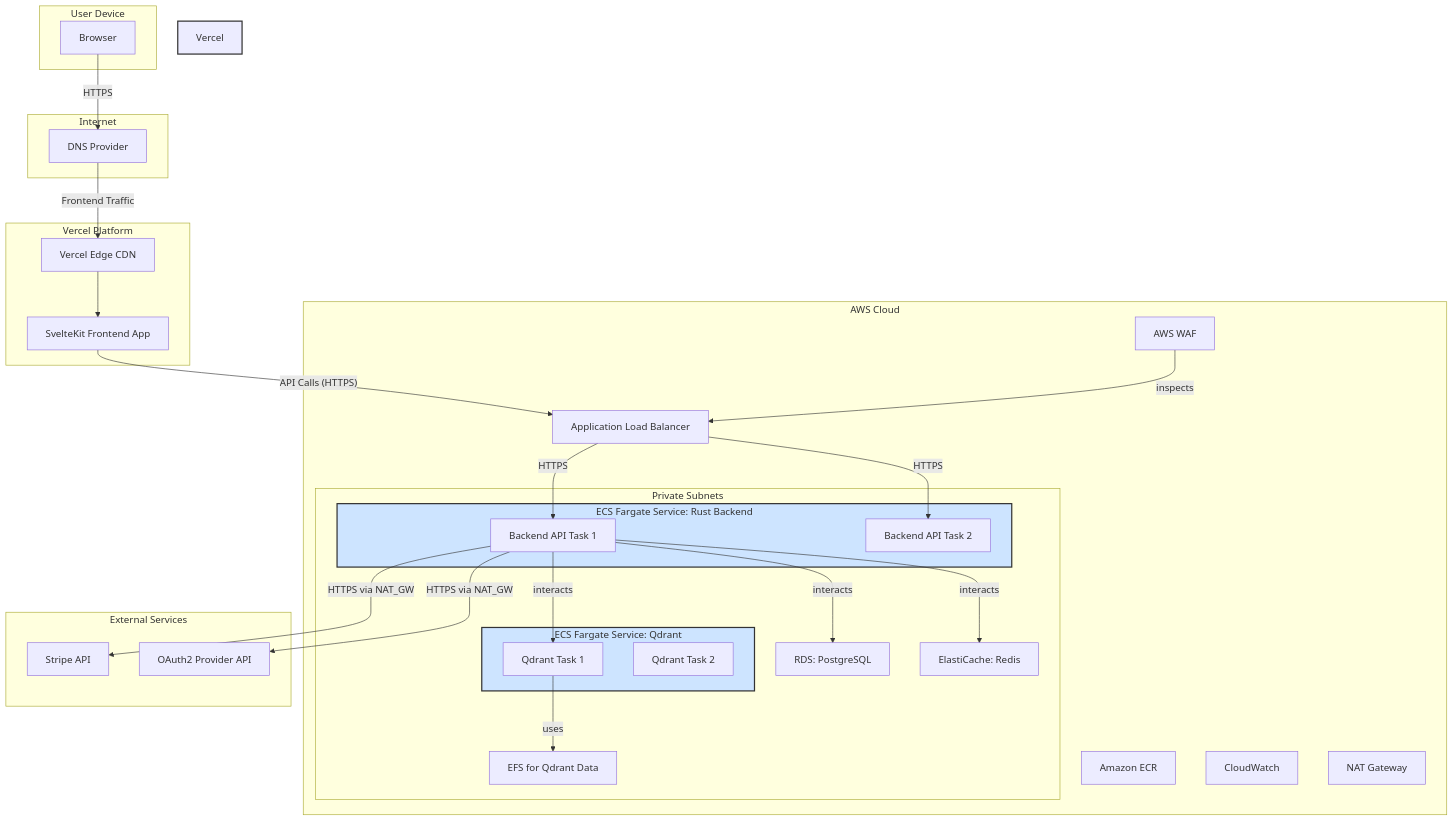
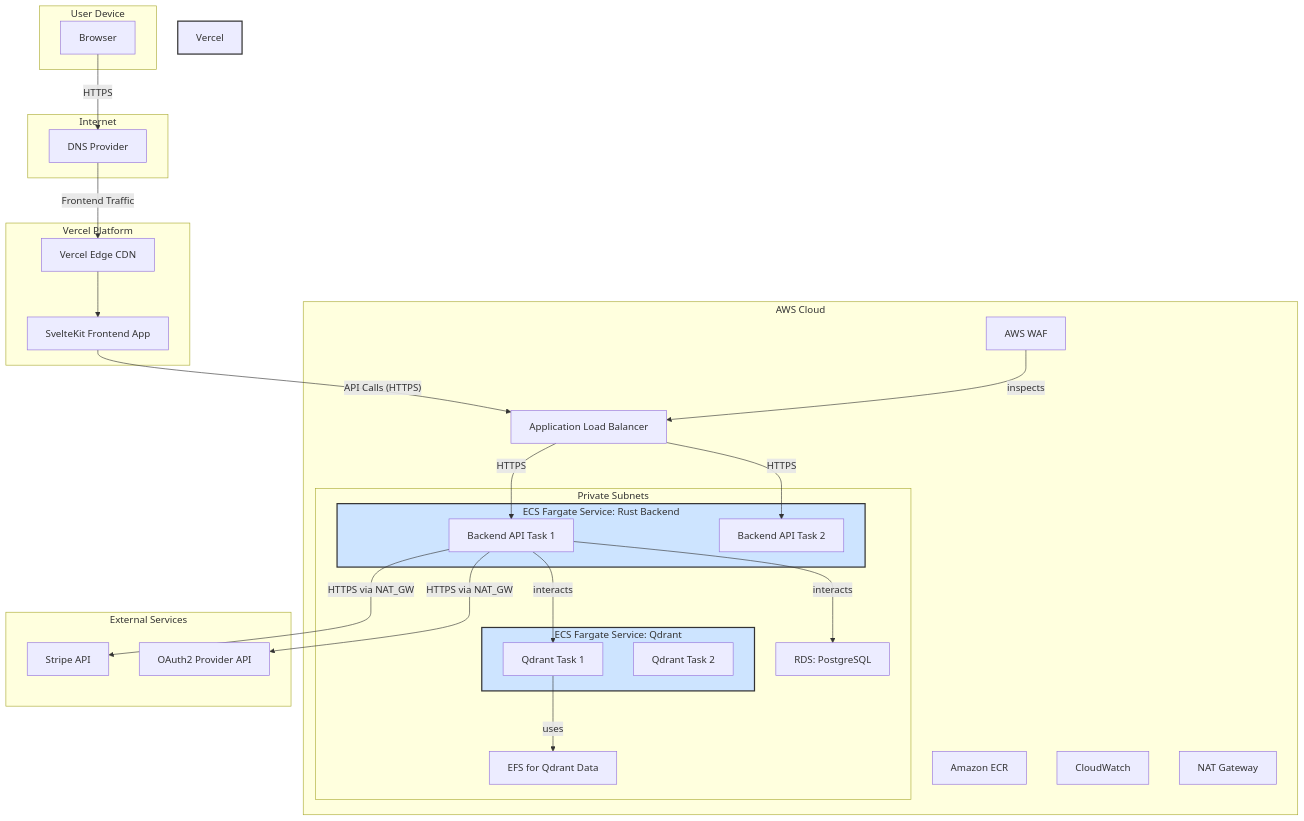
One commit to sanguinehost/scribe changed the diagram in docs/HOSTING_PLAN.md. Above: the diagram before and after it, drawn with Mermaid. The commit also changed other lines of this file and 156 other files, not shown here.

````diff
--- a/docs/HOSTING_PLAN.md
+++ b/docs/HOSTING_PLAN.md
@@ -19,66 +18,64 @@
 ```mermaid
 graph TD
     subgraph User Device
         Browser
     end
 
     subgraph Internet
         DNS_Provider[DNS Provider]
     end
 
     subgraph Vercel Platform
         Vercel_CDN[Vercel Edge CDN]
         Vercel_SvelteKit[SvelteKit Frontend App]
     end
 
     subgraph AWS Cloud
         ALB[Application Load Balancer]
 
         subgraph Private Subnets
             subgraph Fargate_Backend [ECS Fargate Service: Rust Backend]
                 Fargate_Task_BE1[Backend API Task 1]
                 Fargate_Task_BE2[Backend API Task 2]
             end
 
             subgraph Fargate_Qdrant [ECS Fargate Service: Qdrant]
                 Fargate_Task_Q1[Qdrant Task 1]
                 Fargate_Task_Q2[Qdrant Task 2]
             end
 
             RDS_Postgres[RDS: PostgreSQL]
-            ElastiCache_Redis[ElastiCache: Redis]
             EFS_Qdrant[EFS for Qdrant Data]
         end
 
         ECR[Amazon ECR]
         CloudWatch[CloudWatch]
         WAF[AWS WAF]
         NAT_GW[NAT Gateway]
     end
 
     subgraph External Services
         Stripe[Stripe API]
         OAuth_Provider[OAuth2 Provider API]
     end
 
     Browser -- HTTPS --> DNS_Provider
     DNS_Provider -- Frontend Traffic --> Vercel_CDN
     Vercel_CDN --> Vercel_SvelteKit
     Vercel_SvelteKit -- API Calls (HTTPS) --> ALB
 
     ALB -- HTTPS --> Fargate_Task_BE1
     ALB -- HTTPS --> Fargate_Task_BE2
     WAF -- inspects --> ALB
 
     Fargate_Task_BE1 -- interacts --> RDS_Postgres
     Fargate_Task_BE1 -- interacts --> Fargate_Task_Q1
-    Fargate_Task_BE1 -- interacts --> ElastiCache_Redis
     Fargate_Task_BE1 -- HTTPS via NAT_GW --> Stripe
     Fargate_Task_BE1 -- HTTPS via NAT_GW --> OAuth_Provider
 
     Fargate_Task_Q1 -- uses --> EFS_Qdrant
 
     style Fargate_Backend fill:#cde4ff,stroke:#333,stroke-width:2px
     style Fargate_Qdrant fill:#cde4ff,stroke:#333,stroke-width:2px
     style Vercel Platform fill:#f9f,stroke:#333,stroke-width:2px
 ```
````
